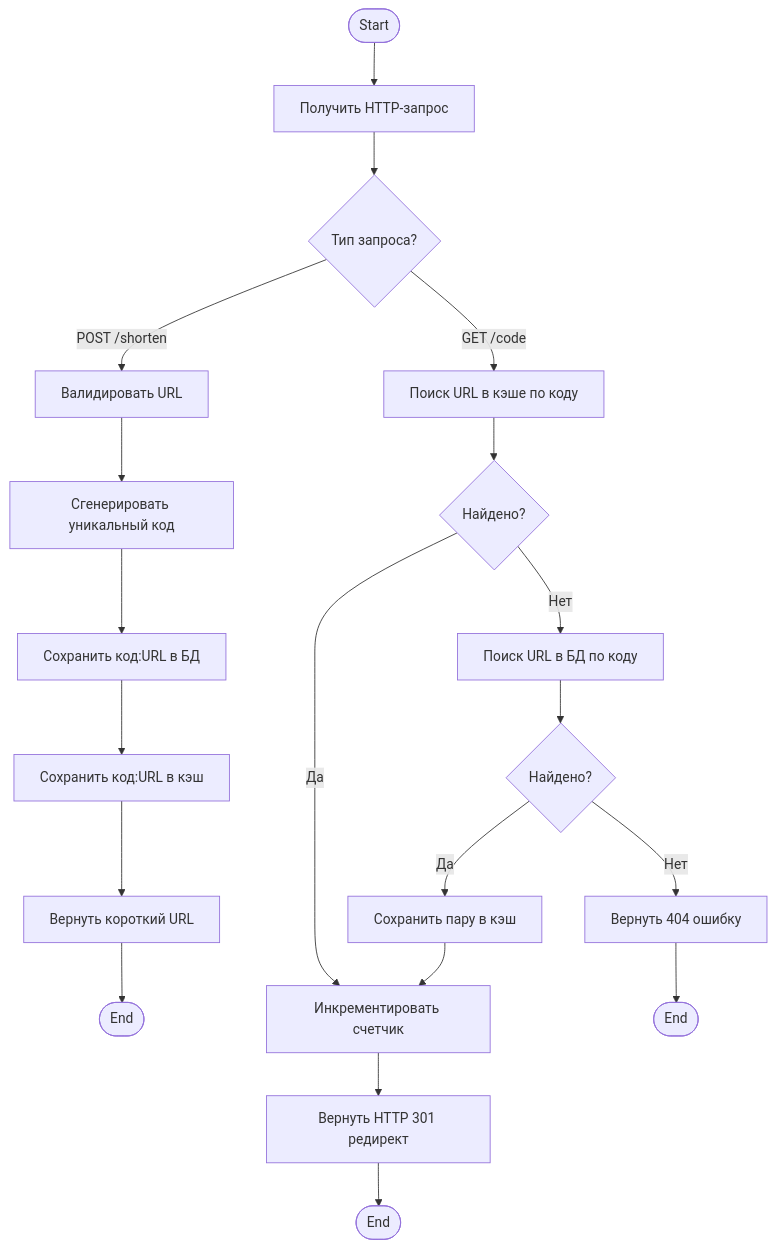
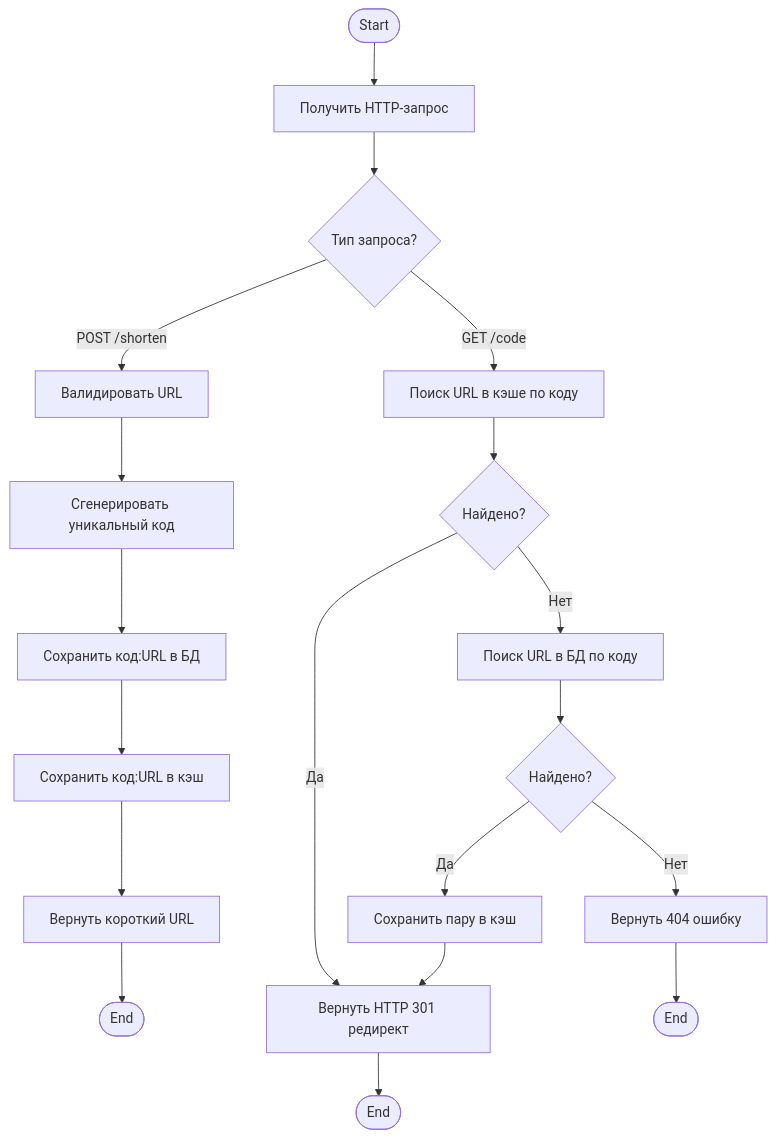
The fifth of 8 diagrams in Сервис сокращения ссылок.md (AlexanderEyzerman/proektirovanie_project), drawn with Mermaid before and after one commit. The commit also changed other lines of this file, not shown here.

````diff
--- a/Сервис сокращения ссылок.md
+++ b/Сервис сокращения ссылок.md
@@ -129,26 +128,25 @@
 ```mermaid
 flowchart TD
     Start([Start]) --> Receive[Получить HTTP-запрос]
     Receive --> Decision{Тип запроса?}
 
     Decision -->|POST /shorten| ValidateURL[Валидировать URL]
     ValidateURL --> GenCode[Сгенерировать уникальный код]
     GenCode --> SaveDB[Сохранить код:URL в БД]
     SaveDB --> SaveCache[Сохранить код:URL в кэш]
     SaveCache --> ReturnShort[Вернуть короткий URL]
     ReturnShort --> End1([End])
 
     Decision -->|GET /code| LookupCache[Поиск URL в кэше по коду]
     LookupCache --> CacheDecision{Найдено?}
-    CacheDecision -->|Да| UpdateStats[Инкрементировать счетчик]
-    UpdateStats --> Redirect[Вернуть HTTP 301 редирект]
+    CacheDecision -->|Да| Redirect[Вернуть HTTP 301 редирект]
     
     CacheDecision -->|Нет| LookupDB[Поиск URL в БД по коду]
     LookupDB --> DBDecision{Найдено?}
     DBDecision -->|Нет| Return404[Вернуть 404 ошибку]
     Return404 --> End3([End])
     
     DBDecision -->|Да| UpdateCache[Сохранить пару в кэш]
-    UpdateCache --> UpdateStats
+    UpdateCache --> Redirect[Вернуть HTTP 301 редирект]
     Redirect --> End2([End])
 ```
````
